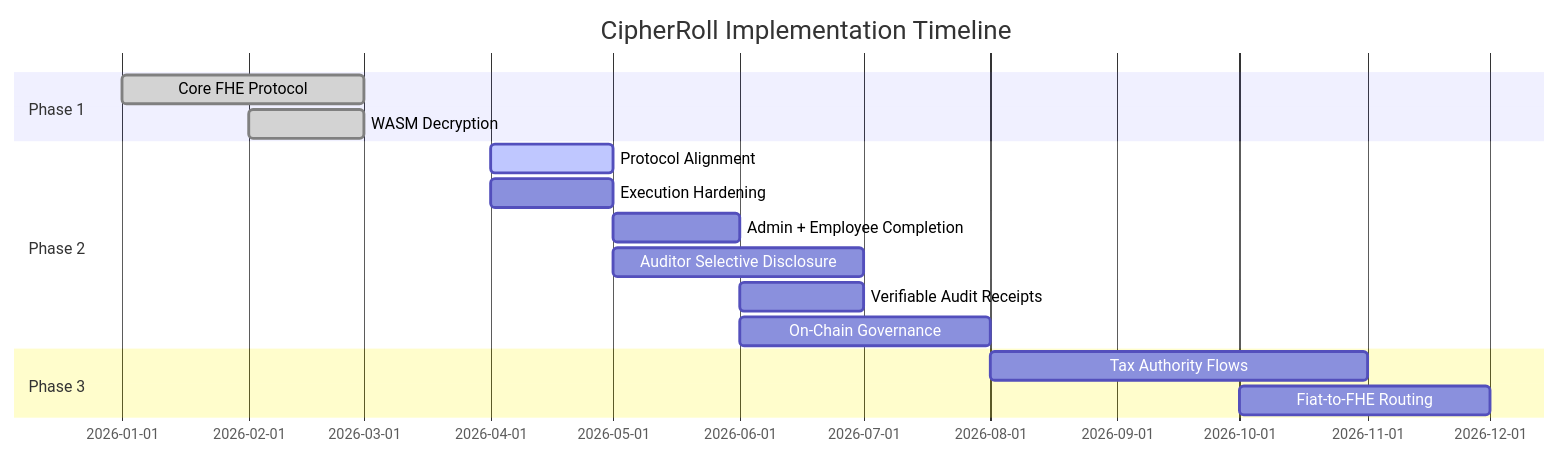
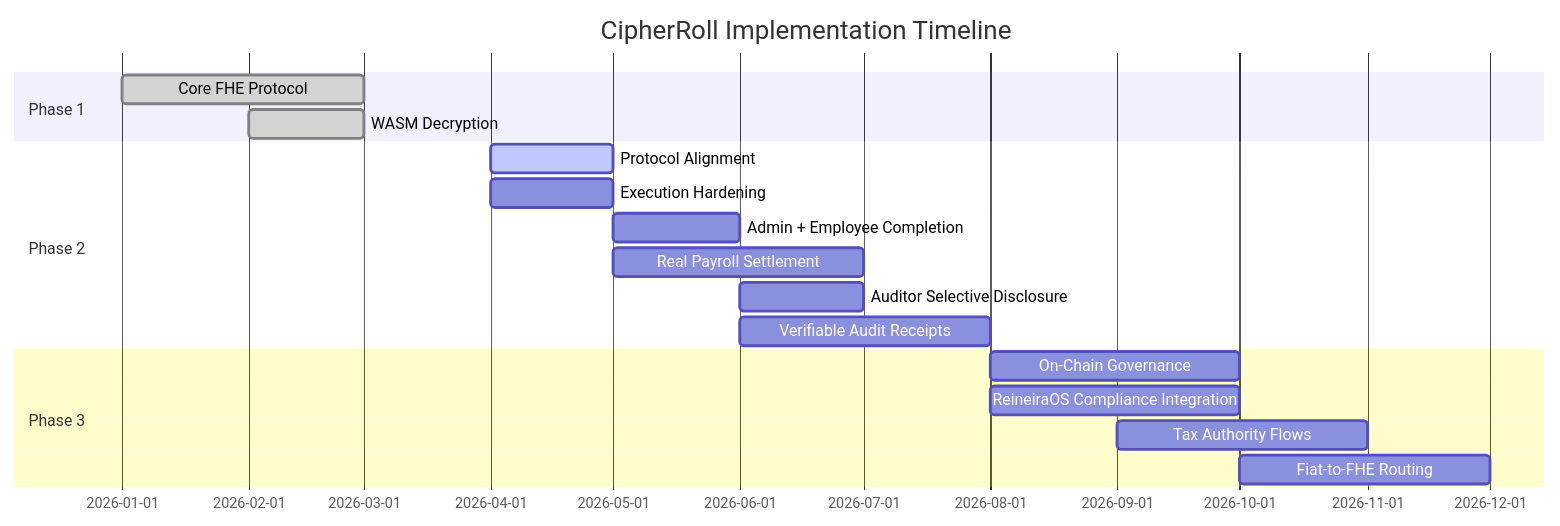
Before and after one commit to PhanTom497/CipherRoll: the diagram in docs/ROADMAP.md, drawn with Mermaid. The commit also changed other lines of this file and 37 other files, not shown here.

Commit message:
Auditor portal working , real payroll settlement , FHERC20

````diff
--- a/docs/ROADMAP.md
+++ b/docs/ROADMAP.md
@@ -63,18 +77,20 @@
 ```mermaid
 gantt
     title CipherRoll Implementation Timeline
     dateFormat YYYY-MM
     section Phase 1
     Core FHE Protocol :done, p1, 2026-01, 2026-03
     WASM Decryption :done, p2, 2026-02, 2026-03
     section Phase 2
     Protocol Alignment :active, p3, 2026-04, 2026-05
     Execution Hardening : p4, 2026-04, 2026-05
     Admin + Employee Completion : p5, 2026-05, 2026-06
-    Auditor Selective Disclosure : p6, 2026-05, 2026-07
-    Verifiable Audit Receipts : p7, 2026-06, 2026-07
-    On-Chain Governance : p8, 2026-06, 2026-08
+    Real Payroll Settlement : p6, 2026-05, 2026-07
+    Auditor Selective Disclosure : p7, 2026-06, 2026-07
+    Verifiable Audit Receipts : p8, 2026-06, 2026-08
     section Phase 3
-    Tax Authority Flows : p9, 2026-08, 2026-11
-    Fiat-to-FHE Routing : p10, 2026-10, 2026-12
+    On-Chain Governance : p9, 2026-08, 2026-10
+    ReineiraOS Compliance Integration : p10, 2026-08, 2026-10
+    Tax Authority Flows : p11, 2026-09, 2026-11
+    Fiat-to-FHE Routing : p12, 2026-10, 2026-12
 ```
````
